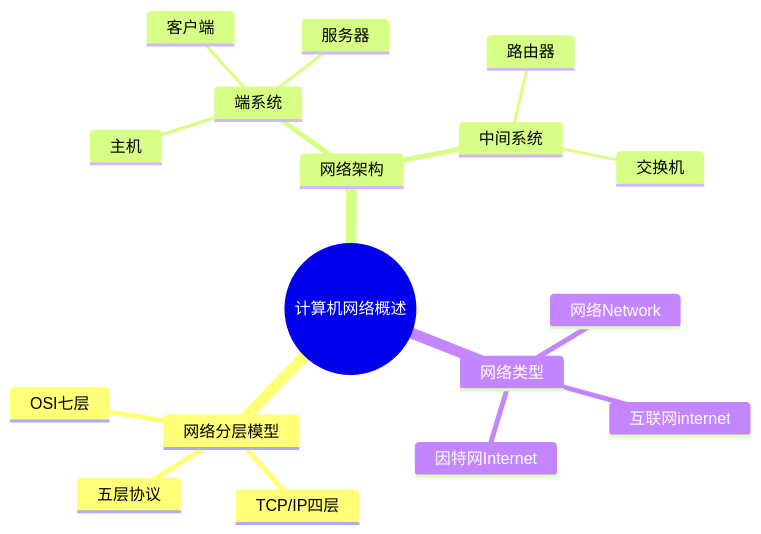
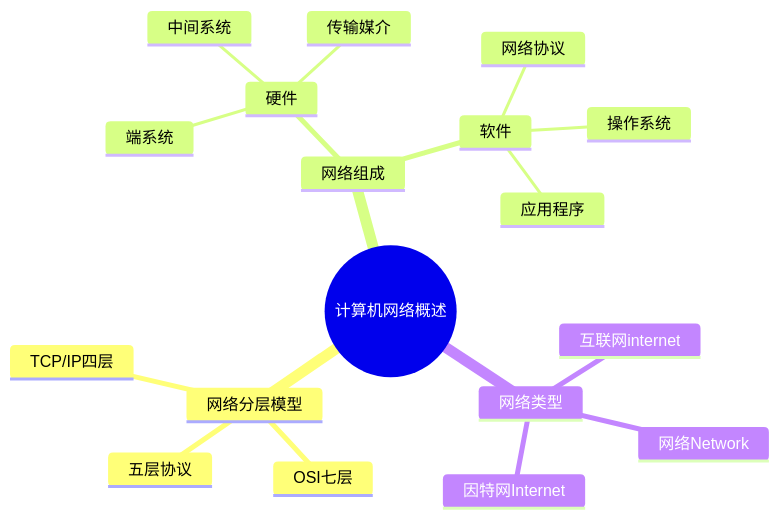
Before and after one commit to laoliu-463/mybook: the diagram in 10-领域知识/01-计算机/计算机网络/计算机网络概述-分层模型与端系统.md, drawn with Mermaid. The commit also changed other lines of this file and 3 other files, not shown here.

````diff
--- a/10-领域知识/01-计算机/计算机网络/计算机网络概述-分层模型与端系统.md
+++ b/10-领域知识/01-计算机/计算机网络/计算机网络概述-分层模型与端系统.md
@@ -14,20 +14,21 @@
 ```mermaid
 mindmap
   root((计算机网络概述))
     网络分层模型
       TCP/IP四层
       OSI七层
       五层协议
-    网络架构
-      端系统
-        主机
-        客户端
-        服务器
-      中间系统
-        路由器
-        交换机
+    网络组成
+      硬件
+        端系统
+        中间系统
+        传输媒介
+      软件
+        网络协议
+        操作系统
+        应用程序
     网络类型
       网络Network
       互联网internet
       因特网Internet
 ```
````
